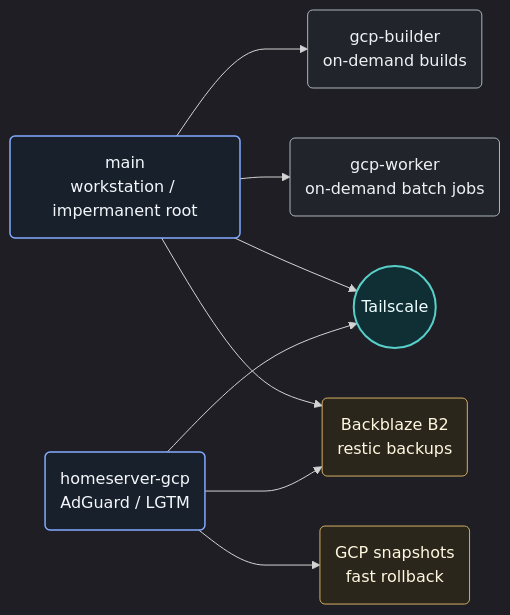
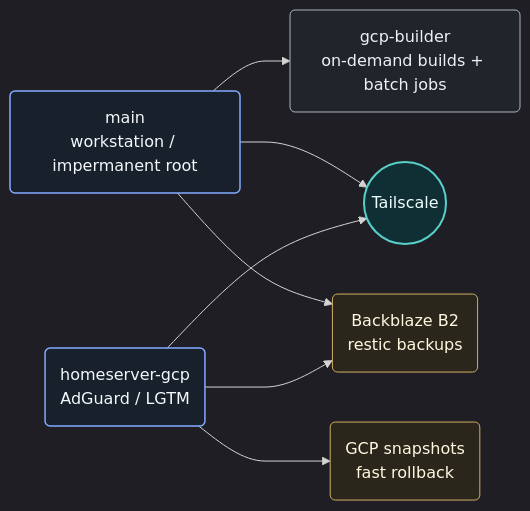
One commit to FilipNowakowicz/nixos-config changed the diagram in README.md. Above: the diagram before and after it, drawn with Mermaid. The commit also changed other lines of this file and 13 other files, not shown here.

First line of the commit message:
Run on-worker jobs on gcp-builder (#593)

````diff
--- a/README.md
+++ b/README.md
@@ -91,28 +91,26 @@
 ```mermaid
 %%{init: {"flowchart": {"curve": "monotoneX"}, "theme": "dark"}}%%
 flowchart LR
   main("main<br/>workstation / impermanent root")
-  builder("gcp-builder<br/>on-demand builds")
-  worker("gcp-worker<br/>on-demand batch jobs")
+  builder("gcp-builder<br/>on-demand builds + batch jobs")
   homeserver("homeserver-gcp<br/>AdGuard / LGTM")
   tailnet(("Tailscale"))
   b2("Backblaze B2<br/>restic backups")
   snapshots("GCP snapshots<br/>fast rollback")
 
   main --> builder
-  main --> worker
   main --> tailnet
   homeserver --> tailnet
   main --> b2
   homeserver --> b2
   homeserver --> snapshots
 
   classDef primary fill:#18212b,stroke:#82aaff,color:#f4f7fb,stroke-width:1.5px
   classDef secondary fill:#21252b,stroke:#aab4be,color:#eef1f4
   classDef storage fill:#2a261b,stroke:#d2ae63,color:#fff7df
   classDef network fill:#102f35,stroke:#58d0c9,color:#f0ffff,stroke-width:2px
   class main,homeserver primary
-  class builder,worker secondary
+  class builder secondary
   class b2,snapshots storage
   class tailnet network
 ```
````
